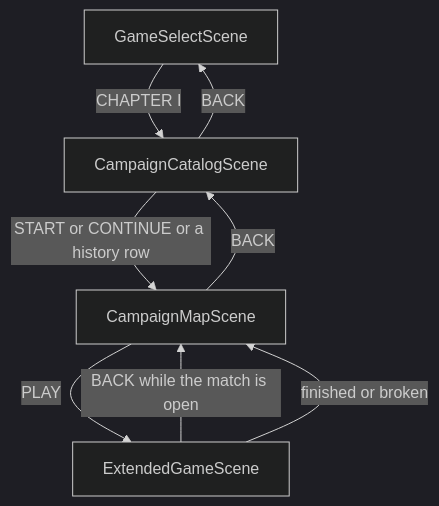
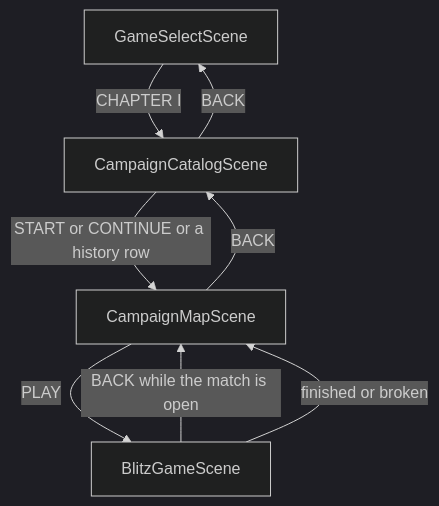
One commit to vku007/aval changed the diagram in apiv2/plans/campaigns_ui.md. Above: the diagram before and after it, drawn with Mermaid (dark theme). The commit also changed other lines of this file and 52 other files, not shown here.

Commit message:
Charge Chapter I attacks in copper, play them in Blitz, and show the battle result before the map. Keep that chapter's numbers in one settings file so a new run copies them at the start.

````diff
--- a/apiv2/plans/campaigns_ui.md
+++ b/apiv2/plans/campaigns_ui.md
@@ -48,10 +48,10 @@
 ```mermaid
 flowchart TD
   Select[GameSelectScene] -->|CHAPTER I| Catalog[CampaignCatalogScene]
   Catalog -->|BACK| Select
   Catalog -->|START or CONTINUE or a history row| Map[CampaignMapScene]
   Map -->|BACK| Catalog
-  Map -->|PLAY| Play[ExtendedGameScene]
+  Map -->|PLAY| Play[BlitzGameScene]
   Play -->|BACK while the match is open| Map
   Play -->|finished or broken| Map
 ```
````
